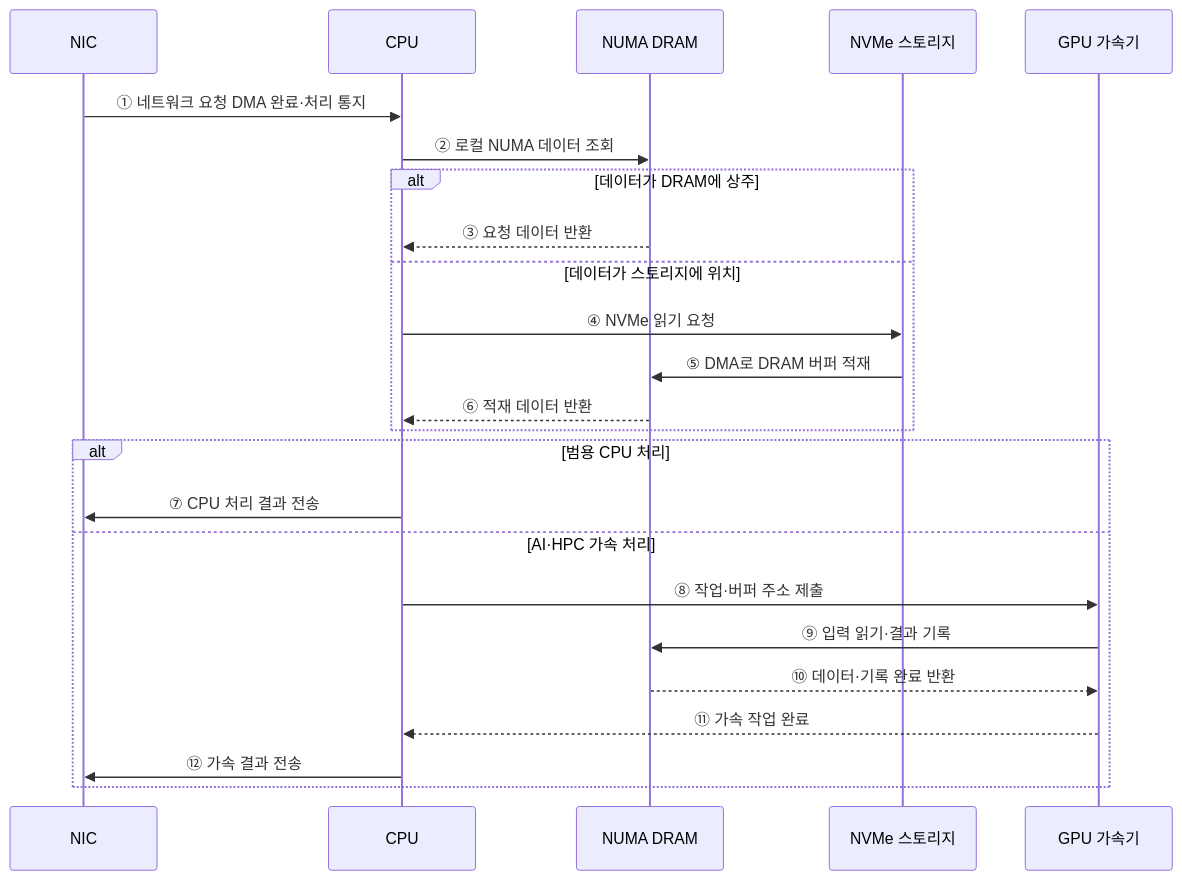
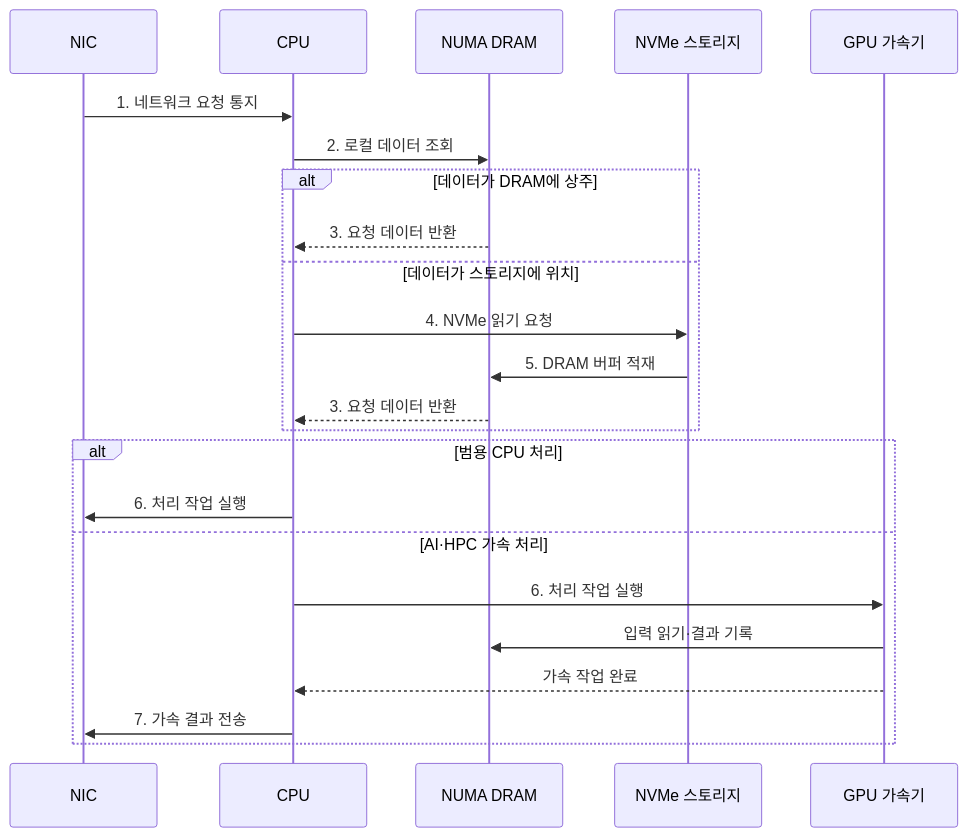
One commit to agnusdei1207/knowledge-base changed the second of 2 diagrams in src/content/docs/notes/02-hardware/054_data_center_server_architecture.md. Above: the diagram before and after it, drawn with Mermaid. The commit also changed other lines of this file and 20 other files, not shown here.

````diff
--- a/src/content/docs/notes/02-hardware/054_data_center_server_architecture.md
+++ b/src/content/docs/notes/02-hardware/054_data_center_server_architecture.md
@@ -84,27 +91,26 @@
 ```mermaid
 sequenceDiagram
     participant N as NIC
     participant C as CPU
     participant M as NUMA DRAM
     participant S as NVMe 스토리지
     participant G as GPU 가속기
 
-    N->>C: ① 네트워크 요청 DMA 완료·처리 통지
-    C->>M: ② 로컬 NUMA 데이터 조회
+    N->>C: 1. 네트워크 요청 통지
+    C->>M: 2. 로컬 데이터 조회
     alt 데이터가 DRAM에 상주
-        M-->>C: ③ 요청 데이터 반환
+        M-->>C: 3. 요청 데이터 반환
     else 데이터가 스토리지에 위치
-        C->>S: ④ NVMe 읽기 요청
-        S->>M: ⑤ DMA로 DRAM 버퍼 적재
-        M-->>C: ⑥ 적재 데이터 반환
+        C->>S: 4. NVMe 읽기 요청
+        S->>M: 5. DRAM 버퍼 적재
+        M-->>C: 3. 요청 데이터 반환
     end
     alt 범용 CPU 처리
-        C->>N: ⑦ CPU 처리 결과 전송
+        C->>N: 6. 처리 작업 실행
     else AI·HPC 가속 처리
-        C->>G: ⑧ 작업·버퍼 주소 제출
-        G->>M: ⑨ 입력 읽기·결과 기록
-        M-->>G: ⑩ 데이터·기록 완료 반환
-        G-->>C: ⑪ 가속 작업 완료
-        C->>N: ⑫ 가속 결과 전송
+        C->>G: 6. 처리 작업 실행
+        G->>M: 입력 읽기·결과 기록
+        G-->>C: 가속 작업 완료
+        C->>N: 7. 가속 결과 전송
     end
 ```
````
